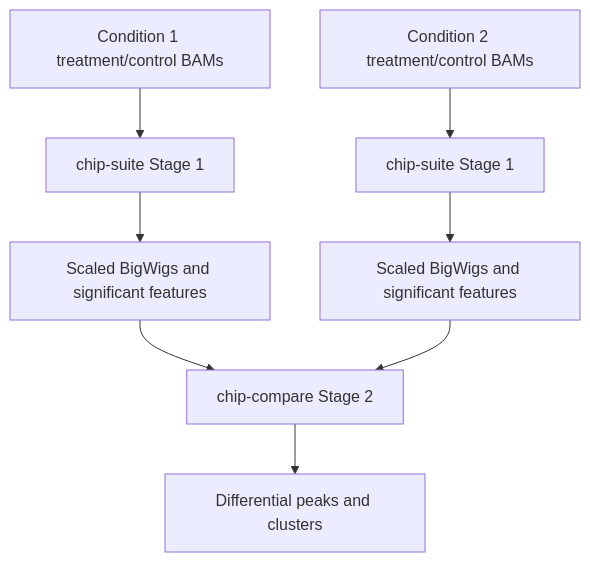
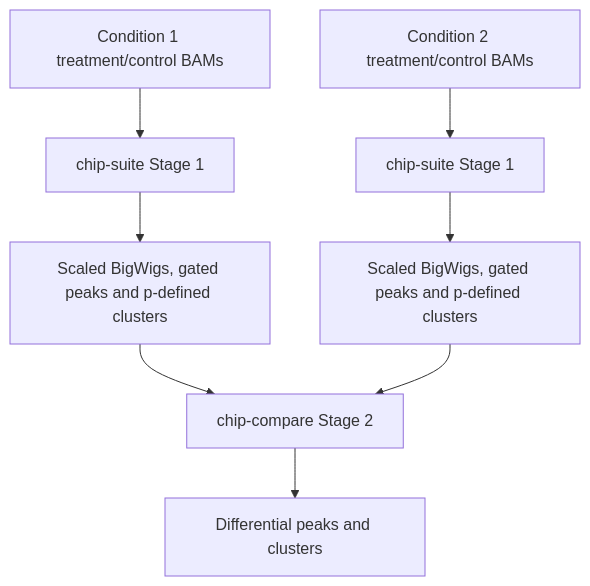
One commit to adjohnston85/NucleoSuite changed the fourth of 18 diagrams in docs/WORKFLOWS.md. Above: the diagram before and after it, drawn with Mermaid. The commit also changed other lines of this file and 28 other files, not shown here.

````diff
--- a/docs/WORKFLOWS.md
+++ b/docs/WORKFLOWS.md
@@ -92,10 +92,10 @@
 ```mermaid
 flowchart TB
     A[Condition 1 treatment/control BAMs] --> B[chip-suite Stage 1]
-    B --> C[Scaled BigWigs and significant features]
+    B --> C[Scaled BigWigs, gated peaks and p-defined clusters]
     D[Condition 2 treatment/control BAMs] --> E[chip-suite Stage 1]
-    E --> F[Scaled BigWigs and significant features]
+    E --> F[Scaled BigWigs, gated peaks and p-defined clusters]
     C --> G[chip-compare Stage 2]
     F --> G
     G --> H[Differential peaks and clusters]
 ```
````
